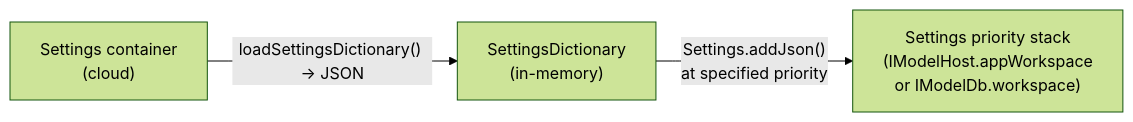
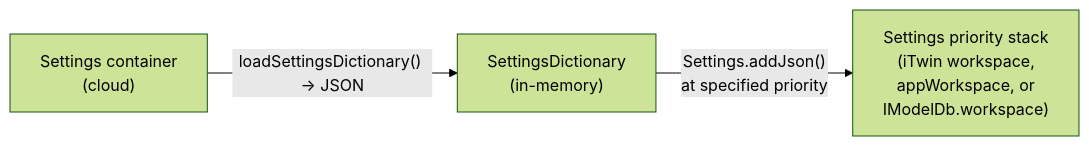
Before and after one commit to iTwin/itwinjs-core: the diagram in docs/learning/backend/Settings.md, drawn with Mermaid (forest theme). The commit also changed other lines of this file and 2 other files, not shown here.

````diff
--- a/docs/learning/backend/Settings.md
+++ b/docs/learning/backend/Settings.md
@@ -322,9 +279,9 @@
 ```mermaid
 graph LR
     SDB["Settings container<br/>(cloud)"]
     Dict["SettingsDictionary<br/>(in-memory)"]
-    Stack["Settings priority stack<br/>(IModelHost.appWorkspace<br/>or IModelDb.workspace)"]
+    Stack["Settings priority stack<br/>(iTwin workspace,<br/>appWorkspace, or<br/>IModelDb.workspace)"]
 
     SDB -->|"loadSettingsDictionary() → JSON"| Dict
     Dict -->|"Settings.addJson()\nat specified priority"| Stack
 ```
````
